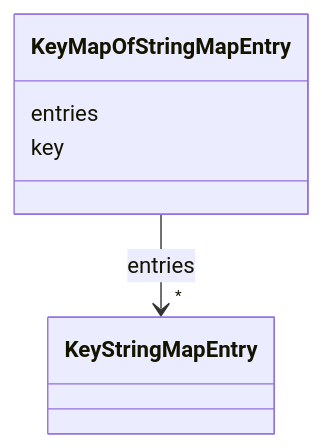
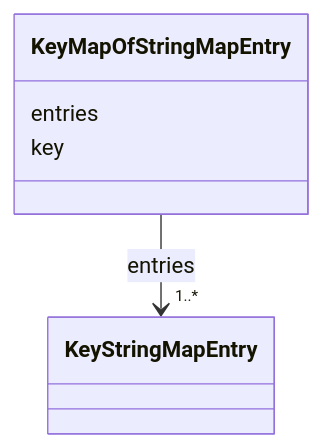
The diagram in docs/KeyMapOfStringMapEntry.md (takashikasuya/smartbuiding_ontology), drawn with Mermaid before and after one commit. The commit also changed other lines of this file and 10 other files, not shown here.

First line of the commit message:
Enhance documentation and schema for KeyBoolMapEntry, KeyMapOfStringMapEntry, and KeyStringMapEntry

````diff
--- a/docs/KeyMapOfStringMapEntry.md
+++ b/docs/KeyMapOfStringMapEntry.md
@@ -18,19 +18,19 @@
 ```mermaid
  classDiagram
     class KeyMapOfStringMapEntry
     click KeyMapOfStringMapEntry href "../KeyMapOfStringMapEntry/"
       KeyMapOfStringMapEntry : entries
         
           
     
         
         
-        KeyMapOfStringMapEntry --> "*" KeyStringMapEntry : entries
+        KeyMapOfStringMapEntry --> "1..*" KeyStringMapEntry : entries
         click KeyStringMapEntry href "../KeyStringMapEntry/"
     
 
         
       KeyMapOfStringMapEntry : key
         
       
 ```
````
